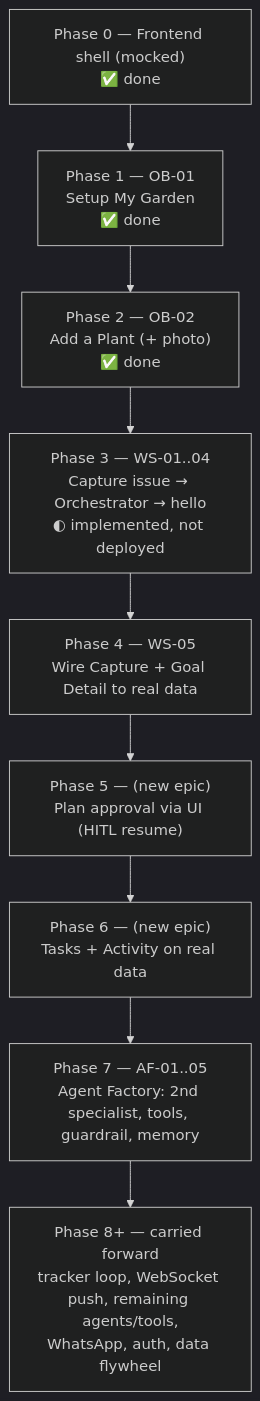
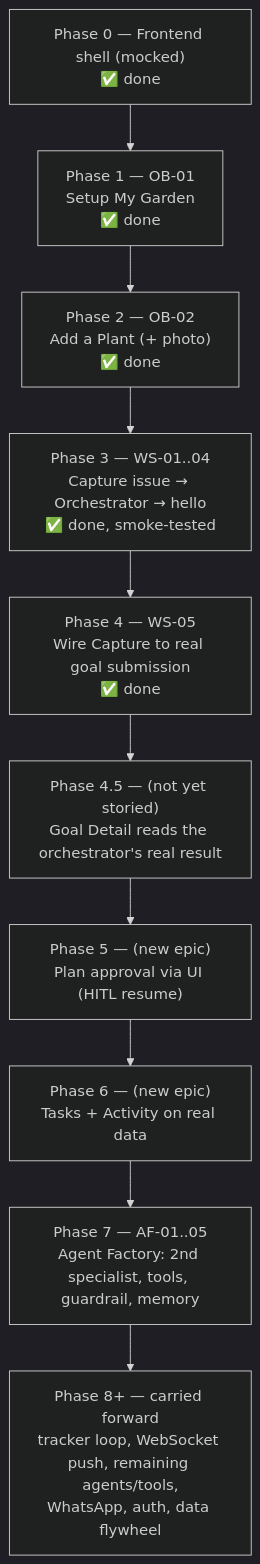
One commit to prashant-baj/tendril changed the diagram in docs/roadmap.md. Above: the diagram before and after it, drawn with Mermaid (dark theme). The commit also changed other lines of this file and 17 other files, not shown here.

````diff
--- a/docs/roadmap.md
+++ b/docs/roadmap.md
@@ -31,12 +32,13 @@
 ```mermaid
 flowchart TD
   P0["Phase 0 — Frontend shell (mocked)<br/>✅ done"] --> P1
   P1["Phase 1 — OB-01<br/>Setup My Garden<br/>✅ done"] --> P2
   P2["Phase 2 — OB-02<br/>Add a Plant (+ photo)<br/>✅ done"] --> P3
-  P3["Phase 3 — WS-01..04<br/>Capture issue → Orchestrator → hello<br/>◐ implemented, not deployed"] --> P4
-  P4["Phase 4 — WS-05<br/>Wire Capture + Goal Detail to real data"] --> P5
+  P3["Phase 3 — WS-01..04<br/>Capture issue → Orchestrator → hello<br/>✅ done, smoke-tested"] --> P4
+  P4["Phase 4 — WS-05<br/>Wire Capture to real goal submission<br/>✅ done"] --> P45
+  P45["Phase 4.5 — (not yet storied)<br/>Goal Detail reads the orchestrator's real result"] --> P5
   P5["Phase 5 — (new epic)<br/>Plan approval via UI (HITL resume)"] --> P6
   P6["Phase 6 — (new epic)<br/>Tasks + Activity on real data"] --> P7
   P7["Phase 7 — AF-01..05<br/>Agent Factory: 2nd specialist, tools, guardrail, memory"] --> P8
   P8["Phase 8+ — carried forward<br/>tracker loop, WebSocket push, remaining agents/tools,<br/>WhatsApp, auth, data flywheel"]
 ```
````
